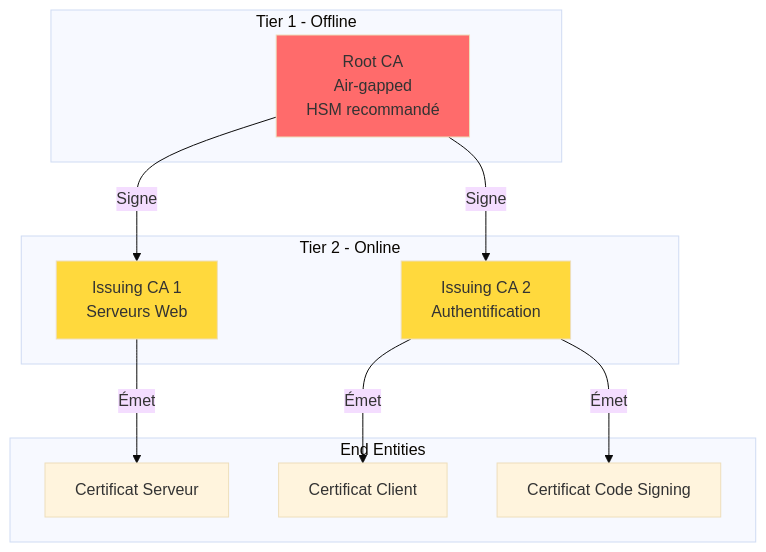
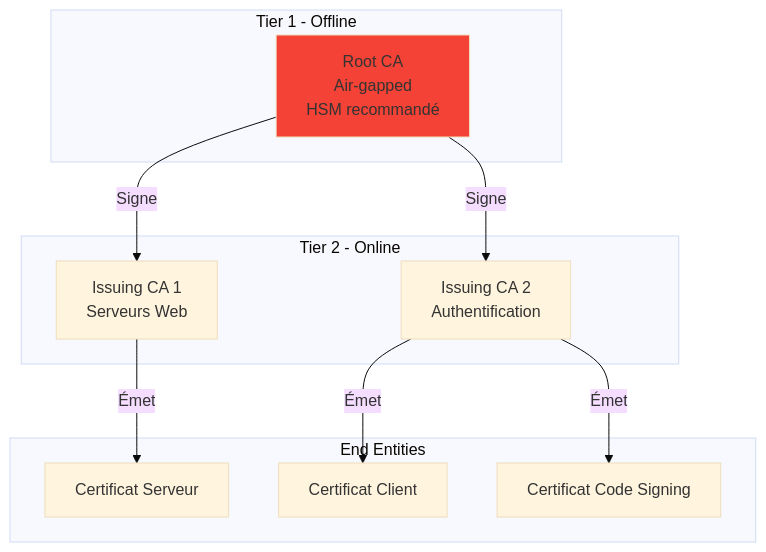
The first of 3 diagrams in docs/formations/pki-certificates/03-module.md (VBlackJack/ShellBook), drawn with Mermaid (base theme) before and after one commit. The commit also changed other lines of this file and 337 other files, not shown here.

First line of the commit message:
refactor(docs): Standardize code blocks and Mermaid colors

````diff
--- a/docs/formations/pki-certificates/03-module.md
+++ b/docs/formations/pki-certificates/03-module.md
@@ -29,27 +29,27 @@
 ```mermaid
 graph TD
     subgraph "Tier 1 - Offline"
         A[Root CA<br/>Air-gapped<br/>HSM recommandé]
     end
 
     subgraph "Tier 2 - Online"
         B[Issuing CA 1<br/>Serveurs Web]
         C[Issuing CA 2<br/>Authentification]
     end
 
     subgraph "End Entities"
         D[Certificat Serveur]
         E[Certificat Client]
         F[Certificat Code Signing]
     end
 
     A -->|Signe| B
     A -->|Signe| C
     B -->|Émet| D
     C -->|Émet| E
     C -->|Émet| F
 
-    style A fill:#ff6b6b
-    style B fill:#ffd93d
-    style C fill:#ffd93d
+    style A fill:#f44336
+    style B fill:#FF9800800800
+    style C fill:#FF9800800800
 ```
````
